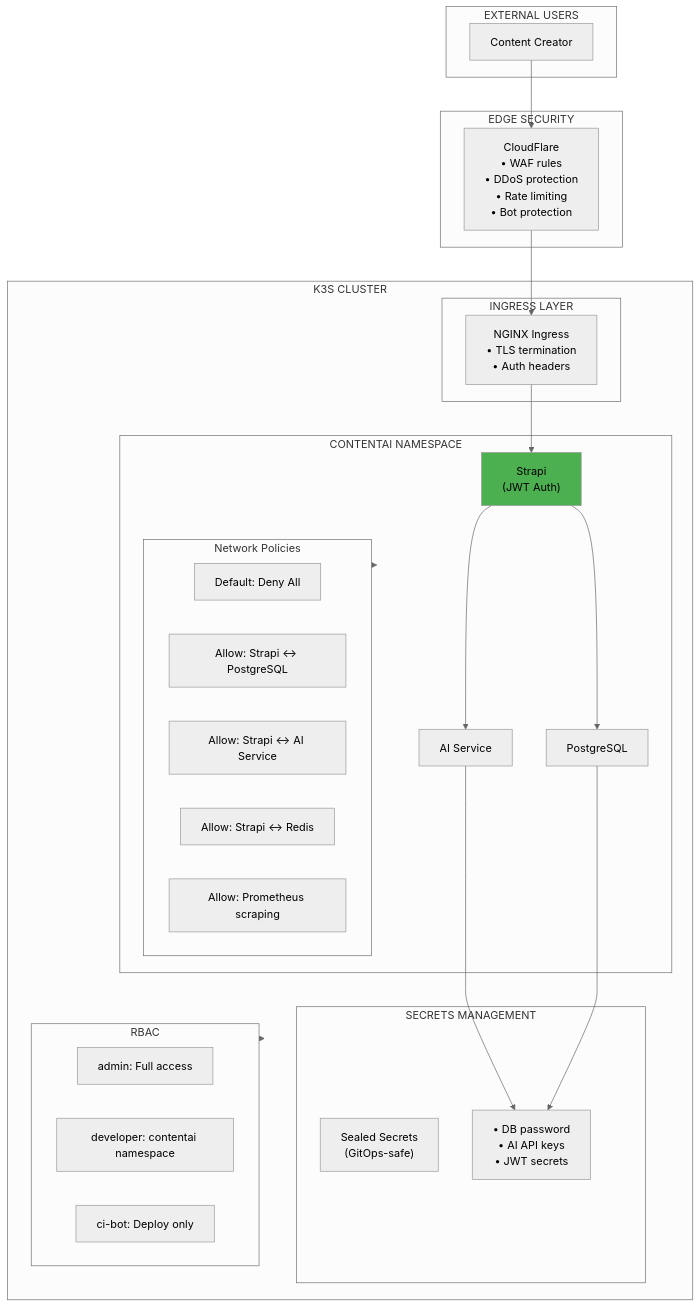
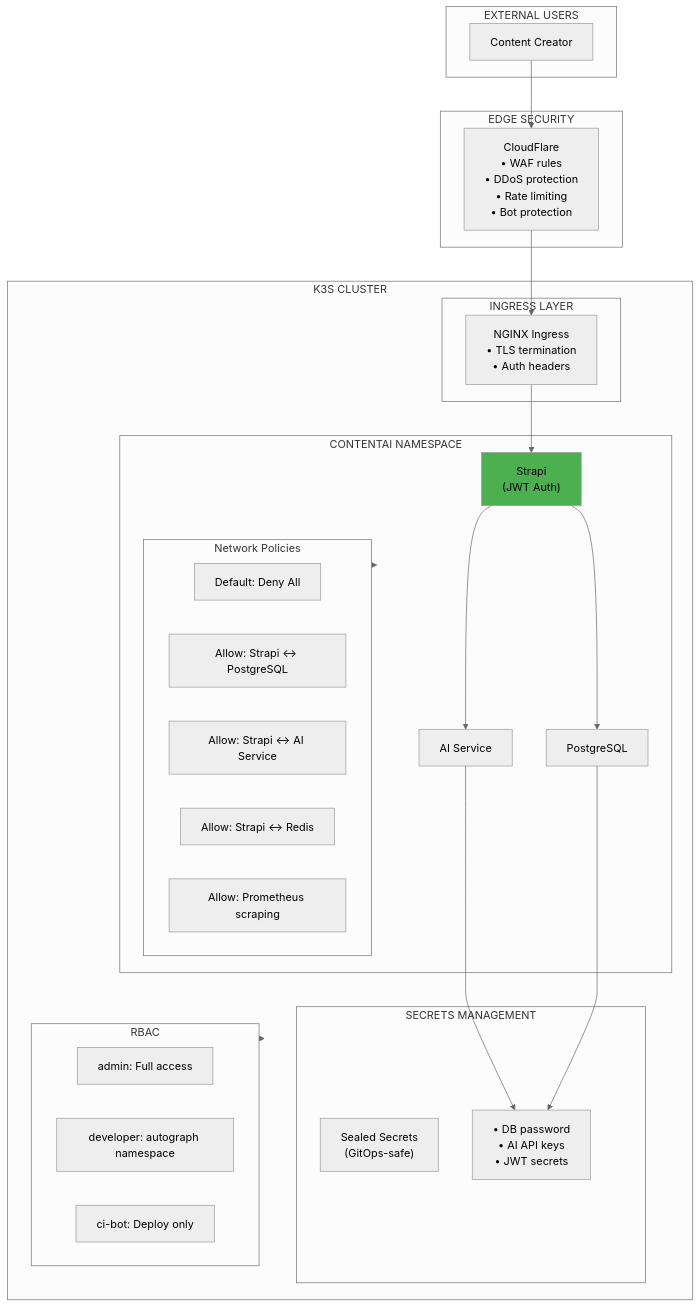
The seventh of 9 diagrams in DevOps/01-Product/04-Target-Architecture.md (PearlThoughtsInternship/Internship-Obsidian-Vault), drawn with Mermaid (neutral theme) before and after one commit. The commit also changed other lines of this file and 8 other files, not shown here.

First line of the commit message:
rebrand: Complete ContentAI → Autograph rename across all docs

````diff
--- a/DevOps/01-Product/04-Target-Architecture.md
+++ b/DevOps/01-Product/04-Target-Architecture.md
@@ -329,49 +329,49 @@
 ```mermaid
 flowchart TB
     subgraph External["EXTERNAL USERS"]
         User["Content Creator"]
     end
 
     subgraph Edge["EDGE SECURITY"]
         CF["CloudFlare\n• WAF rules\n• DDoS protection\n• Rate limiting\n• Bot protection"]
     end
 
     subgraph Cluster["K3S CLUSTER"]
         subgraph Ingress["INGRESS LAYER"]
             ING["NGINX Ingress\n• TLS termination\n• Auth headers"]
         end
 
-        subgraph ContentAI["CONTENTAI NAMESPACE"]
+        subgraph Autograph["CONTENTAI NAMESPACE"]
             subgraph NetPol["Network Policies"]
                 NP1["Default: Deny All"]
                 NP2["Allow: Strapi ↔ PostgreSQL"]
                 NP3["Allow: Strapi ↔ AI Service"]
                 NP4["Allow: Strapi ↔ Redis"]
                 NP5["Allow: Prometheus scraping"]
             end
 
             Strapi["Strapi\n(JWT Auth)"]
             AI["AI Service"]
             PG["PostgreSQL"]
         end
 
         subgraph Secrets["SECRETS MANAGEMENT"]
             Sealed["Sealed Secrets\n(GitOps-safe)"]
             Keys["• DB password\n• AI API keys\n• JWT secrets"]
         end
 
         subgraph RBAC["RBAC"]
             R1["admin: Full access"]
-            R2["developer: contentai namespace"]
+            R2["developer: autograph namespace"]
             R3["ci-bot: Deploy only"]
         end
     end
 
     User --> CF --> ING --> Strapi
     Strapi --> AI --> Keys
     Strapi --> PG --> Keys
-    NetPol --> ContentAI
+    NetPol --> Autograph
     RBAC --> Cluster
 
     style Strapi fill:#4CAF50
 ```
````
